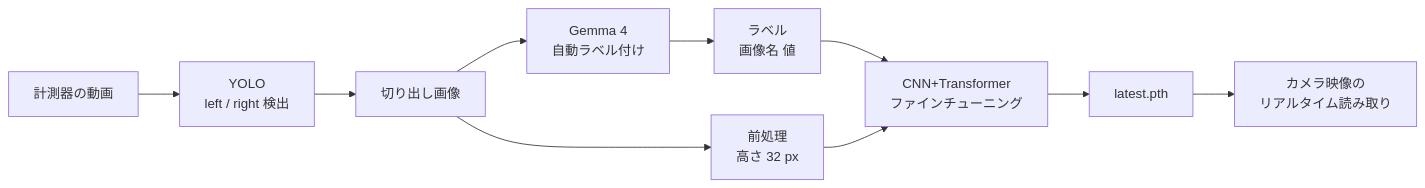
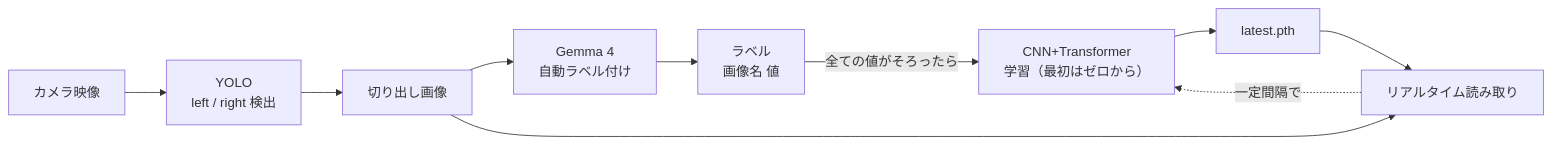
Before and after one commit to Takadai2003/meter: the diagram in finetune/README.md, drawn with Mermaid. The commit also changed other lines of this file and 3 other files, not shown here.

````diff
--- a/finetune/README.md
+++ b/finetune/README.md
@@ -12,12 +12,12 @@
 ```mermaid
 flowchart LR
-    V[計測器の動画] --> Y[YOLO<br/>left / right 検出]
+    V[カメラ映像] --> Y[YOLO<br/>left / right 検出]
     Y --> C[切り出し画像]
     C --> G[Gemma 4<br/>自動ラベル付け]
     G --> L[ラベル<br/>画像名 値]
-    C --> P[前処理<br/>高さ 32 px]
-    L --> F[CNN+Transformer<br/>ファインチューニング]
-    P --> F
+    L -->|全ての値がそろったら| F[CNN+Transformer<br/>学習（最初はゼロから）]
     F --> M[latest.pth]
-    M --> R[カメラ映像の<br/>リアルタイム読み取り]
+    M --> R[リアルタイム読み取り]
+    C --> R
+    R -.->|一定間隔で| F
 ```
````
